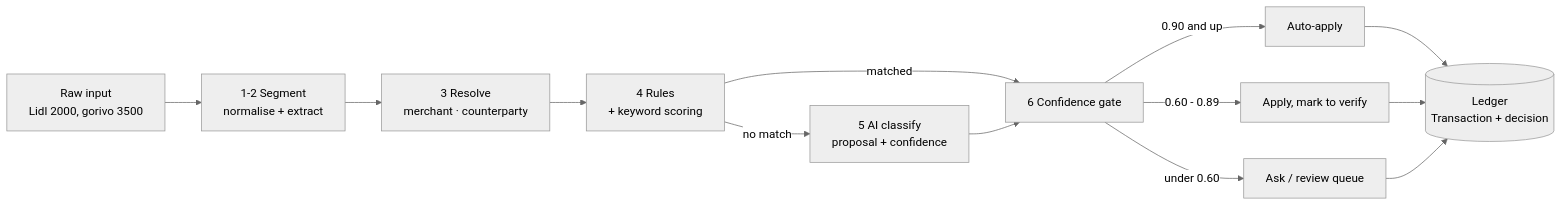
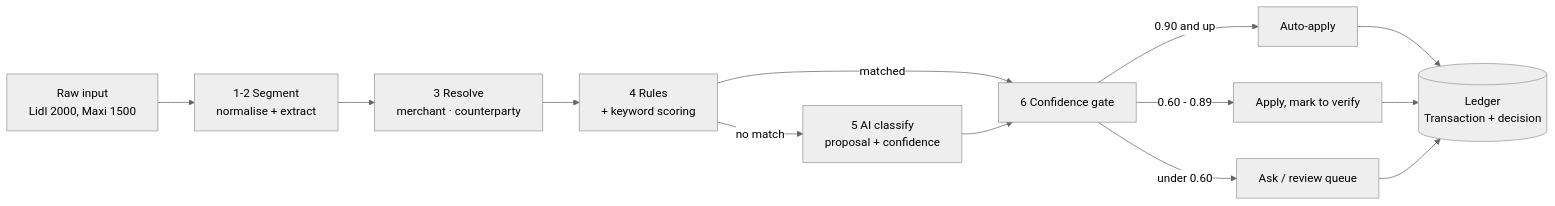
The first of 2 diagrams in README.md (gjovanovicst/FinMate), drawn with Mermaid (neutral theme) before and after one commit. The commit also changed other lines of this file, not shown here.

````diff
--- a/README.md
+++ b/README.md
@@ -70,15 +70,15 @@
 ```mermaid
 flowchart LR
-    A["Raw input<br/>Lidl 2000, gorivo 3500"] --> B["1-2 Segment<br/>normalise + extract"]
+    A["Raw input<br/>Lidl 2000, Maxi 1500"] --> B["1-2 Segment<br/>normalise + extract"]
     B --> C["3 Resolve<br/>merchant · counterparty"]
     C --> D["4 Rules<br/>+ keyword scoring"]
     D -->|matched| F["6 Confidence gate"]
     D -->|no match| E["5 AI classify<br/>proposal + confidence"]
     E --> F
     F -->|"0.90 and up"| G["Auto-apply"]
     F -->|"0.60 - 0.89"| H["Apply, mark to verify"]
     F -->|"under 0.60"| I["Ask / review queue"]
     G --> J[("Ledger<br/>Transaction + decision")]
     H --> J
     I --> J
 ```
````
